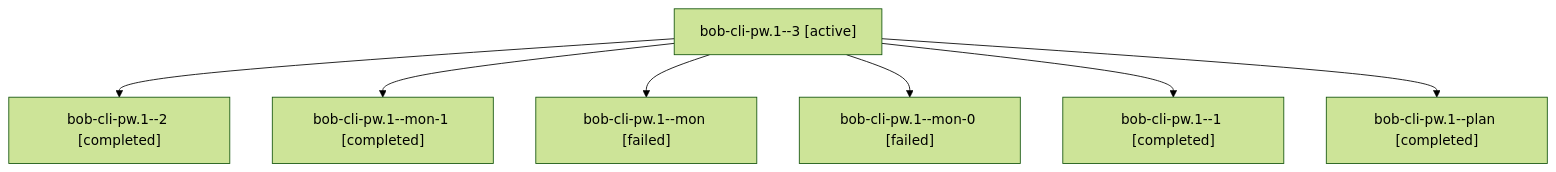
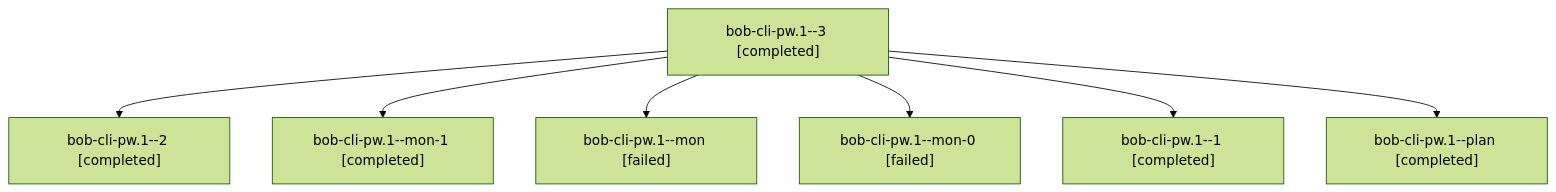
One commit to bobs-org/bob-cli--agents changed the diagram in sessions/bbugyi200.apollo.bob-cli-pw.1.md. Above: the diagram before and after it, drawn with Mermaid (forest theme). The commit also changed other lines of this file and 24 other files, not shown here.

````diff
--- a/sessions/bbugyi200.apollo.bob-cli-pw.1.md
+++ b/sessions/bbugyi200.apollo.bob-cli-pw.1.md
@@ -9,16 +9,16 @@
 ```mermaid
 flowchart TD
-  n0["bob-cli-pw.1--3 [active]"]
+  n0["bob-cli-pw.1--3 [completed]"]
   n1["bob-cli-pw.1--2 [completed]"]
   n0 --> n1
   n2["bob-cli-pw.1--mon-1 [completed]"]
   n0 --> n2
   n3["bob-cli-pw.1--mon [failed]"]
   n0 --> n3
   n4["bob-cli-pw.1--mon-0 [failed]"]
   n0 --> n4
   n5["bob-cli-pw.1--1 [completed]"]
   n0 --> n5
   n6["bob-cli-pw.1--plan [completed]"]
   n0 --> n6
 ```
````
